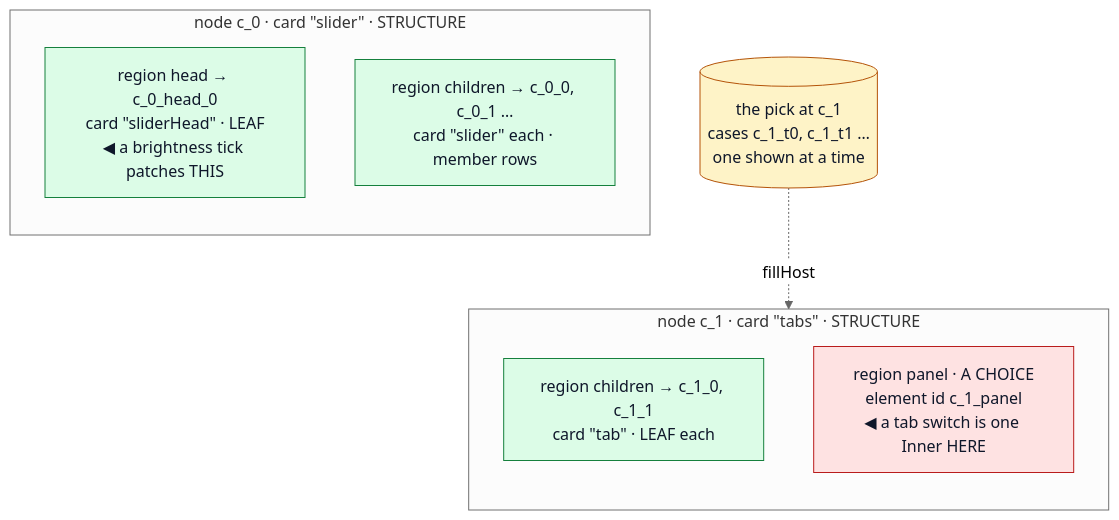
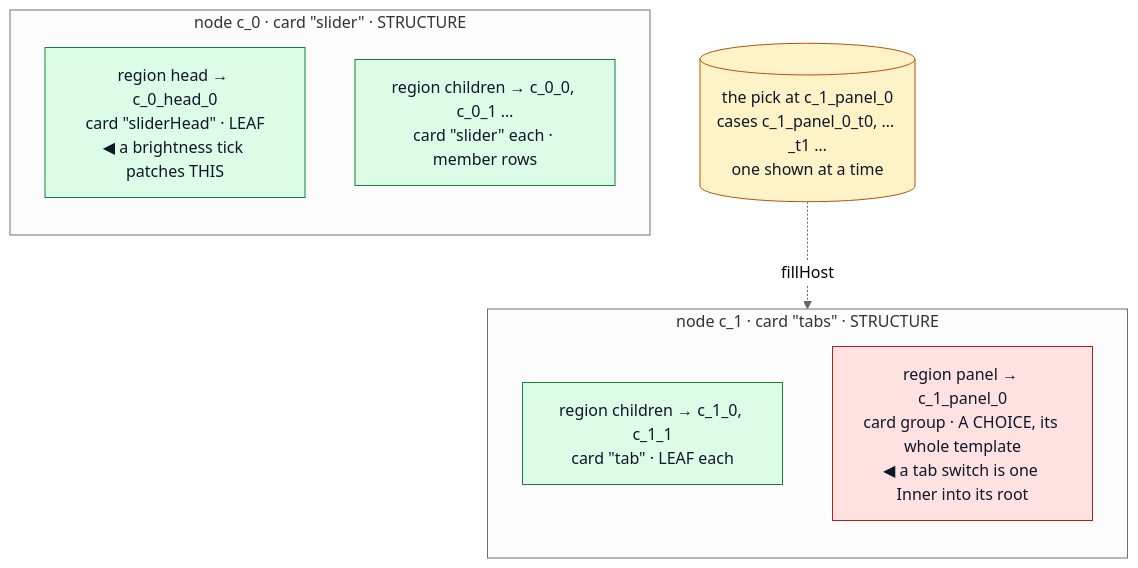
One commit to perok/functional-home-assistant changed the fifth of 6 diagrams in docs/architecture-rendering-pipeline.md. Above: the diagram before and after it, drawn with Mermaid (neutral theme). The commit also changed other lines of this file and 51 other files, not shown here.

First line of the commit message:
A choice is hosted at its card's root (R4c step 2)

````diff
--- a/docs/architecture-rendering-pipeline.md
+++ b/docs/architecture-rendering-pipeline.md
@@ -766,24 +766,24 @@
 ```mermaid
 flowchart TB
   subgraph SL["node c_0 · card &quot;slider&quot; · STRUCTURE"]
     direction TB
     SH["region head → c_0_head_0<br/>card &quot;sliderHead&quot; · LEAF<br/>◀ a brightness tick patches THIS"]
     SM["region children → c_0_0, c_0_1 …<br/>card &quot;slider&quot; each · member rows"]
   end
 
   subgraph TB2["node c_1 · card &quot;tabs&quot; · STRUCTURE"]
     direction TB
     BAR["region children → c_1_0, c_1_1<br/>card &quot;tab&quot; · LEAF each"]
-    PANEL["region panel · A CHOICE<br/>element id c_1_panel<br/>◀ a tab switch is one Inner HERE"]
+    PANEL["region panel → c_1_panel_0<br/>card group · A CHOICE, its whole template<br/>◀ a tab switch is one Inner into its root"]
   end
 
-  SURF[("the pick at c_1<br/>cases c_1_t0, c_1_t1 …<br/>one shown at a time")]
+  SURF[("the pick at c_1_panel_0<br/>cases c_1_panel_0_t0, … _t1 …<br/>one shown at a time")]
   SURF -.->|fillHost| PANEL
 
   classDef struct fill:#fee2e2,stroke:#b91c1c,color:#0f172a
   classDef leaf fill:#dcfce7,stroke:#15803d,color:#0f172a
   classDef store fill:#fef3c7,stroke:#b45309,color:#0f172a
   class SH,SM,BAR leaf
   class PANEL struct
   class SURF store
 ```
````
